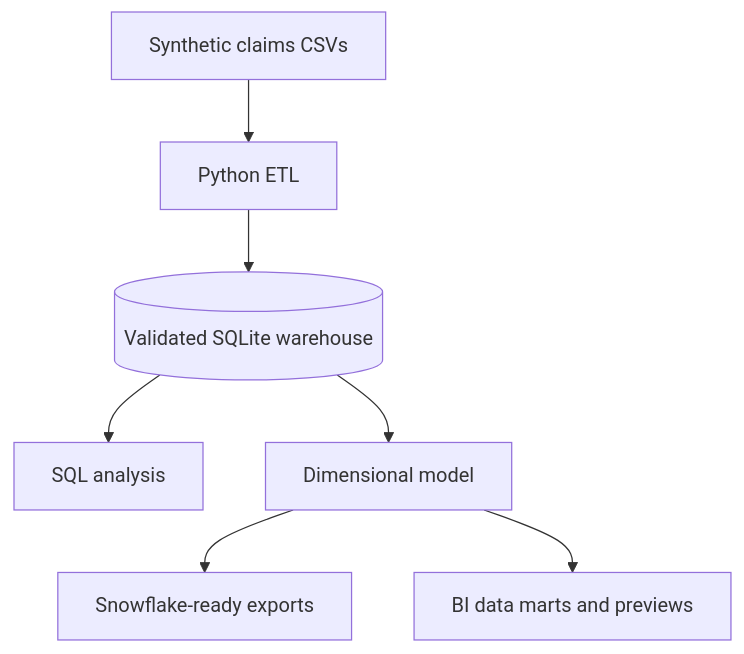
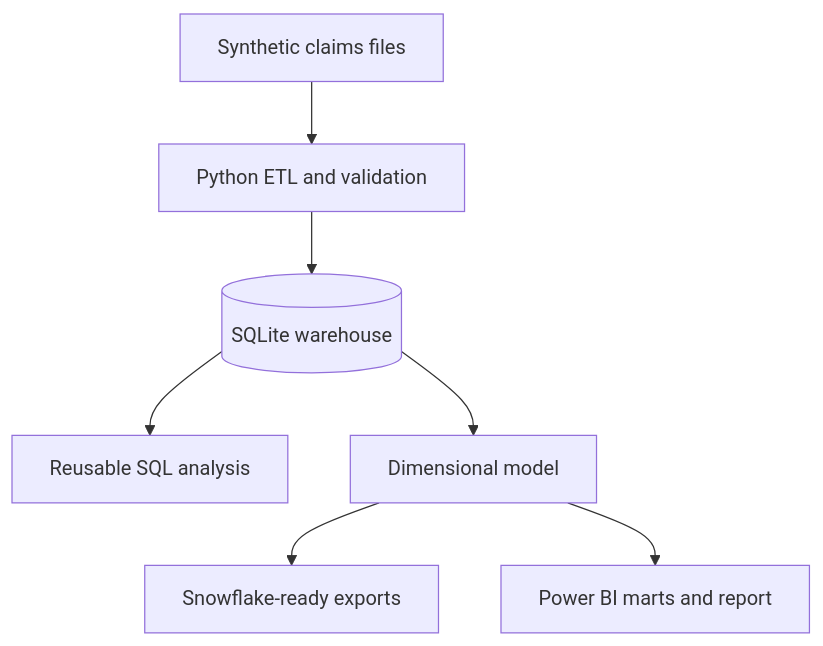
One commit to raghuvardhan-mutha/healthcare-claims-analytics changed the diagram in README.md. Above: the diagram before and after it, drawn with Mermaid. The commit also changed other lines of this file, not shown here.

````diff
--- a/README.md
+++ b/README.md
@@ -56,9 +72,9 @@
 ```mermaid
 flowchart TD
-    A["Synthetic claims CSVs"] --> B["Python ETL"]
-    B --> C[("Validated SQLite warehouse")]
-    C --> D["SQL analysis"]
+    A["Synthetic claims files"] --> B["Python ETL and validation"]
+    B --> C[("SQLite warehouse")]
+    C --> D["Reusable SQL analysis"]
     C --> E["Dimensional model"]
     E --> F["Snowflake-ready exports"]
-    E --> G["BI data marts and previews"]
+    E --> G["Power BI marts and report"]
 ```
````
